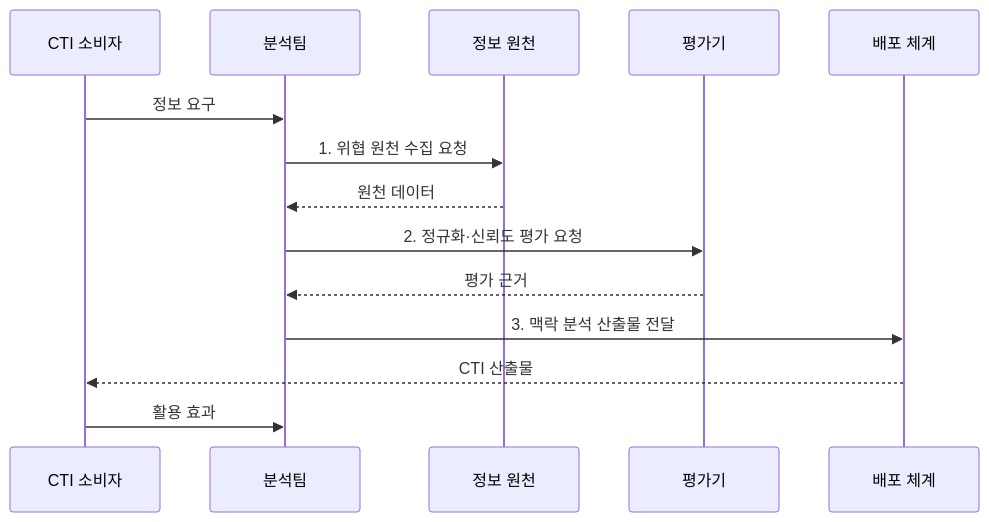
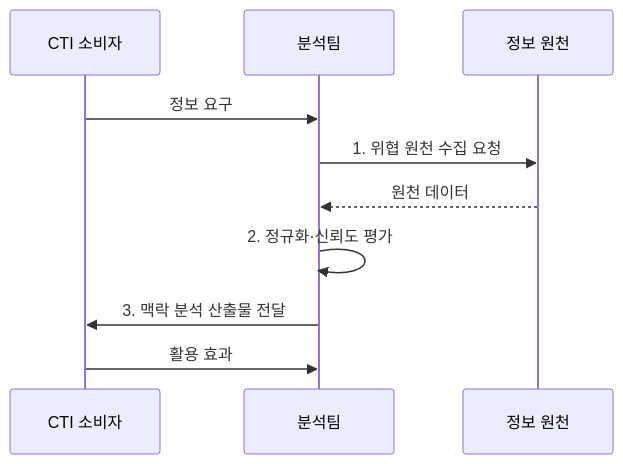
Before and after one commit to agnusdei1207/knowledge-base: the second of 2 diagrams in src/content/docs/notes/05-security/031_cyber_threat_intelligence.md, drawn with Mermaid. The commit also changed other lines of this file and 8 other files, not shown here.

Commit message:
Simplify security operations sequences

````diff
--- a/src/content/docs/notes/05-security/031_cyber_threat_intelligence.md
+++ b/src/content/docs/notes/05-security/031_cyber_threat_intelligence.md
@@ -104,16 +104,12 @@
 ```mermaid
 sequenceDiagram
     participant C as CTI 소비자
     participant A as 분석팀
     participant S as 정보 원천
-    participant V as 평가기
-    participant D as 배포 체계
     C->>A: 정보 요구
     A->>S: 1. 위협 원천 수집 요청
     S-->>A: 원천 데이터
-    A->>V: 2. 정규화·신뢰도 평가 요청
-    V-->>A: 평가 근거
-    A->>D: 3. 맥락 분석 산출물 전달
-    D-->>C: CTI 산출물
+    A->>A: 2. 정규화·신뢰도 평가
+    A->>C: 3. 맥락 분석 산출물 전달
     C->>A: 활용 효과
 ```
````
